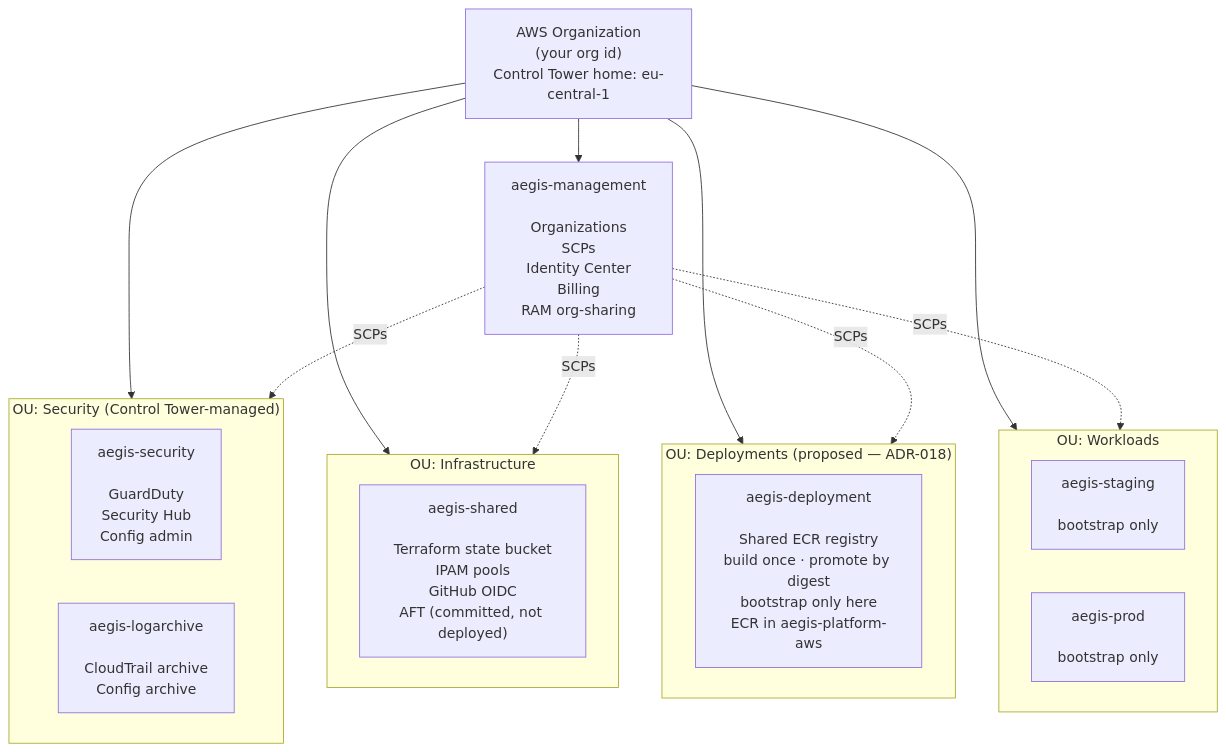
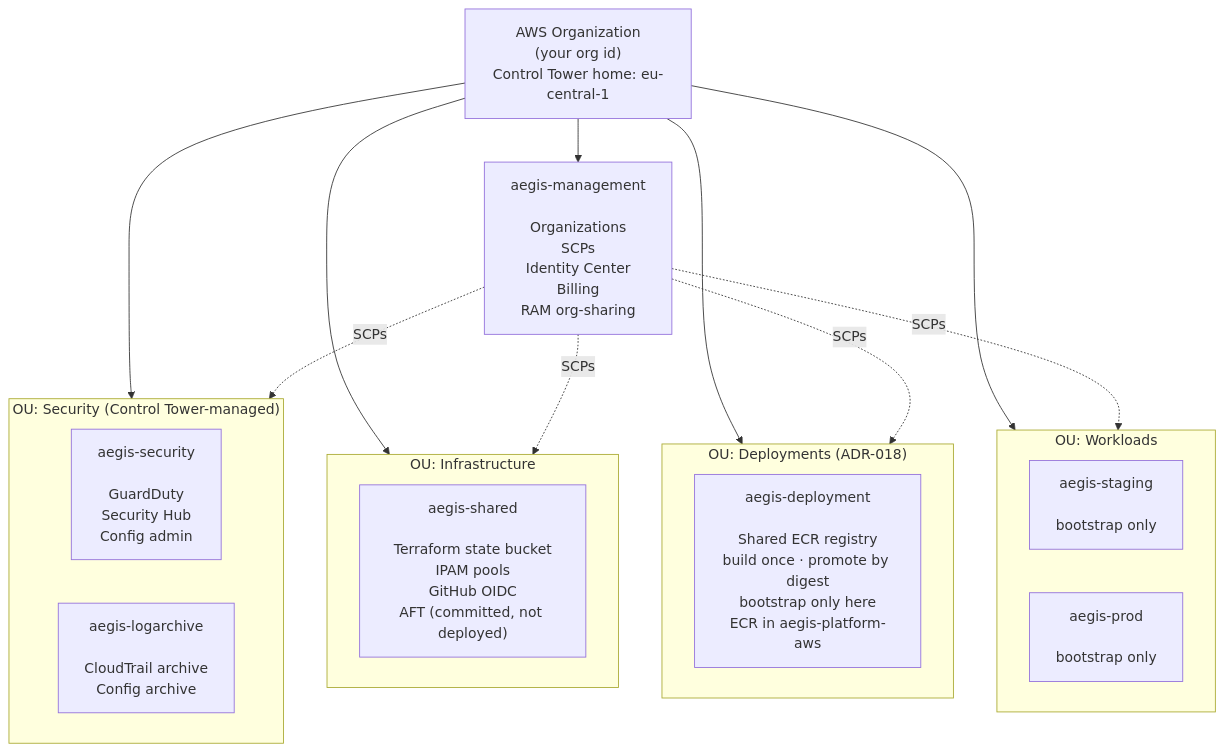
The first of 5 diagrams in docs/architecture.md (BinHsu/aegis-aws-landing-zone), drawn with Mermaid before and after one commit. The commit also changed other lines of this file and 4 other files, not shown here.

````diff
--- a/docs/architecture.md
+++ b/docs/architecture.md
@@ -16,34 +16,34 @@
 ```mermaid
 flowchart TB
   Org["AWS Organization<br/>(your org id)<br/>Control Tower home: eu-central-1"]
 
   Mgmt["aegis-management<br/><br/>Organizations<br/>SCPs<br/>Identity Center<br/>Billing<br/>RAM org-sharing"]
 
   subgraph Security["OU: Security (Control Tower-managed)"]
     Sec["aegis-security<br/><br/>GuardDuty<br/>Security Hub<br/>Config admin"]
     Log["aegis-logarchive<br/><br/>CloudTrail archive<br/>Config archive"]
   end
 
   subgraph Infra["OU: Infrastructure"]
     Shared["aegis-shared<br/><br/>Terraform state bucket<br/>IPAM pools<br/>GitHub OIDC<br/>AFT (committed, not deployed)"]
   end
 
-  subgraph Deployments["OU: Deployments (proposed — ADR-018)"]
+  subgraph Deployments["OU: Deployments (ADR-018)"]
     Deploy["aegis-deployment<br/><br/>Shared ECR registry<br/>build once · promote by digest<br/>bootstrap only here<br/>ECR in aegis-platform-aws"]
   end
 
   subgraph Work["OU: Workloads"]
     Stg["aegis-staging<br/><br/>bootstrap only"]
     Prd["aegis-prod<br/><br/>bootstrap only"]
   end
 
   Org --> Mgmt
   Org --> Security
   Org --> Infra
   Org --> Deployments
   Org --> Work
   Mgmt -. SCPs .-> Security
   Mgmt -. SCPs .-> Infra
   Mgmt -. SCPs .-> Deployments
   Mgmt -. SCPs .-> Work
 ```
````
